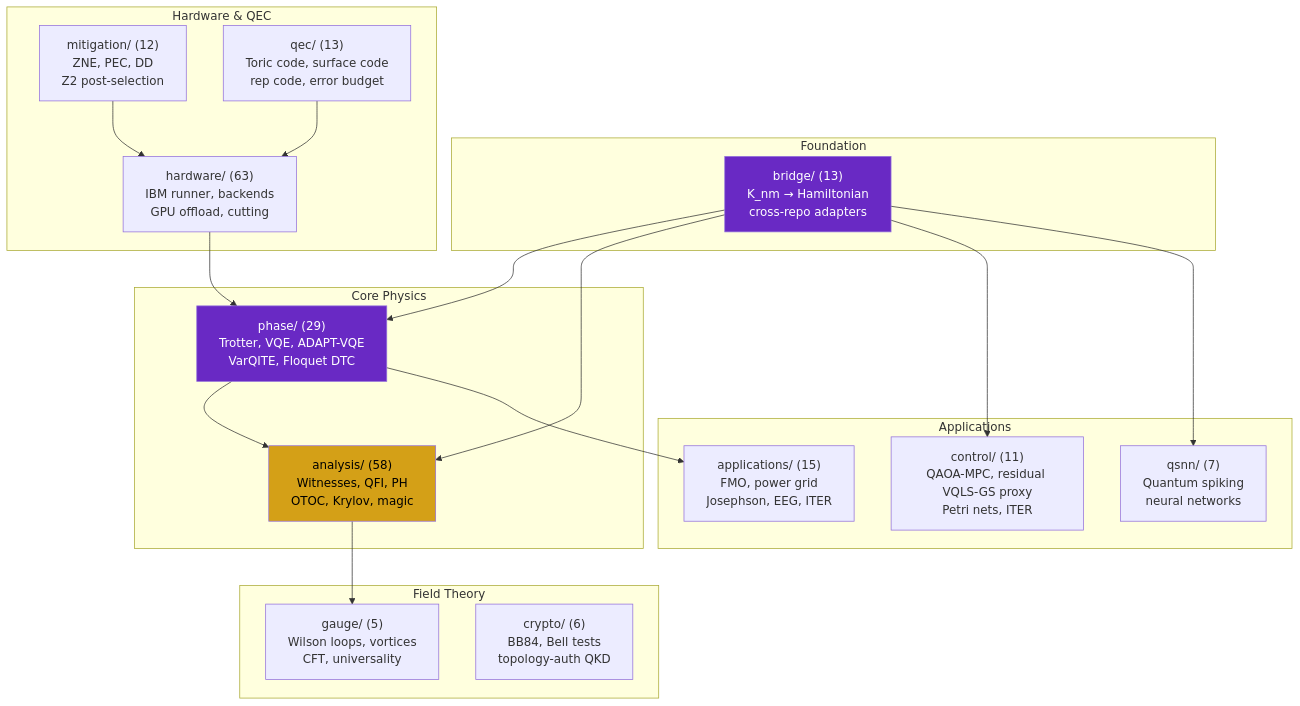
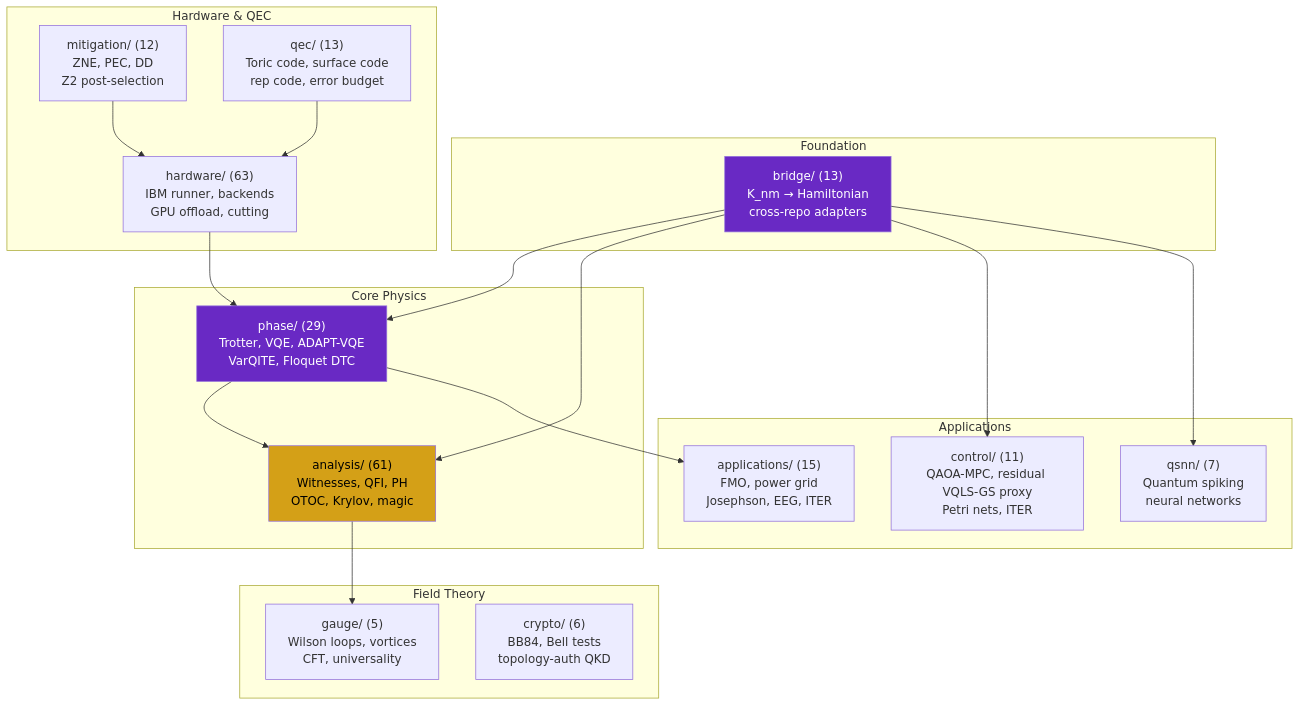
Before and after one commit to anulum/scpn-quantum-control: the first of 2 diagrams in README.md, drawn with Mermaid. The commit also changed other lines of this file and 21 other files, not shown here.

````diff
--- a/README.md
+++ b/README.md
@@ -657,43 +657,43 @@
 ```mermaid
 graph TD
     subgraph Foundation
         bridge["bridge/ (13)\nK_nm → Hamiltonian\ncross-repo adapters"]
     end
 
     subgraph "Core Physics"
         phase["phase/ (29)\nTrotter, VQE, ADAPT-VQE\nVarQITE, Floquet DTC"]
-        analysis["analysis/ (58)\nWitnesses, QFI, PH\nOTOC, Krylov, magic"]
+        analysis["analysis/ (61)\nWitnesses, QFI, PH\nOTOC, Krylov, magic"]
     end
 
     subgraph "Applications"
         control["control/ (11)\nQAOA-MPC, residual VQLS-GS proxy\nPetri nets, ITER"]
         qsnn["qsnn/ (7)\nQuantum spiking\nneural networks"]
         apps["applications/ (15)\nFMO, power grid\nJosephson, EEG, ITER"]
     end
 
     subgraph "Hardware & QEC"
         hw["hardware/ (63)\nIBM runner, backends\nGPU offload, cutting"]
         mit["mitigation/ (12)\nZNE, PEC, DD\nZ2 post-selection"]
         qec["qec/ (13)\nToric code, surface code\nrep code, error budget"]
     end
 
     subgraph "Field Theory"
         gauge["gauge/ (5)\nWilson loops, vortices\nCFT, universality"]
         crypto["crypto/ (6)\nBB84, Bell tests\ntopology-auth QKD"]
     end
 
     bridge --> phase
     bridge --> analysis
     bridge --> control
     bridge --> qsnn
     phase --> analysis
     phase --> apps
     hw --> phase
     mit --> hw
     qec --> hw
     analysis --> gauge
 
     style bridge fill:#6929C4,color:#fff
     style analysis fill:#d4a017,color:#000
     style phase fill:#6929C4,color:#fff
 ```
````
